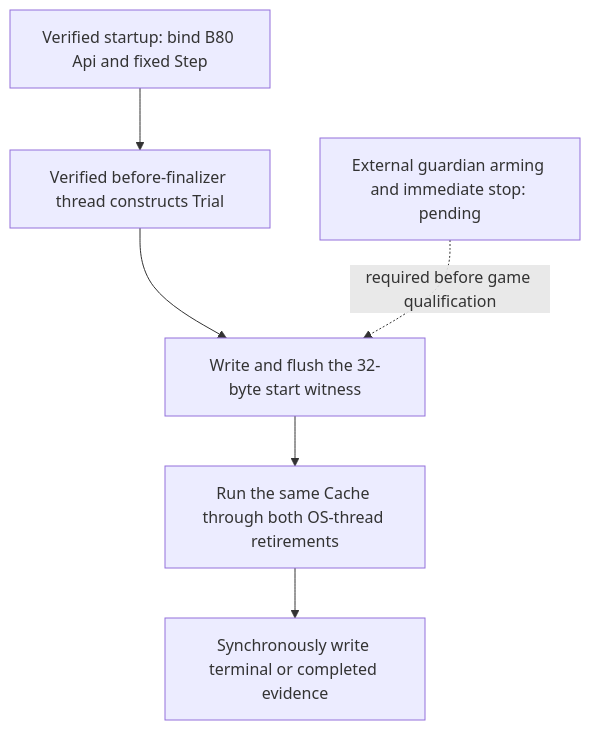
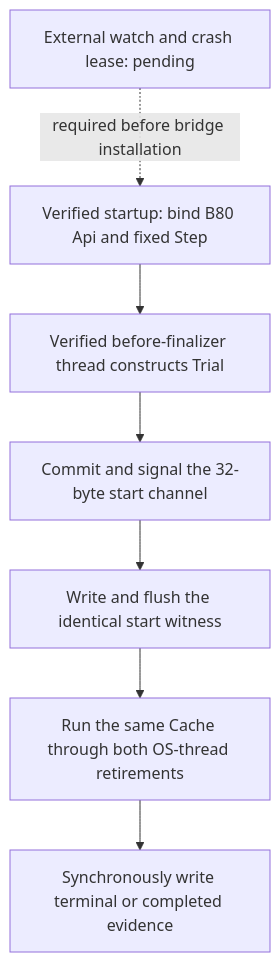
Before and after one commit to Ratty123/CDMW-Full: the sixth of 8 diagrams in cdmw/ui/new_item/INDEPENDENT_ITEMS.md, drawn with Mermaid. The commit also changed other lines of this file and 2 other files, not shown here.

Commit message:
Document native retirement caller qualification

````diff
--- a/cdmw/ui/new_item/INDEPENDENT_ITEMS.md
+++ b/cdmw/ui/new_item/INDEPENDENT_ITEMS.md
@@ -1919,8 +1937,9 @@
 ```mermaid
 flowchart TD
     S["Verified startup: bind B80 Api and fixed Step"] --> P["Verified before-finalizer thread constructs Trial"]
-    P --> W["Write and flush the 32-byte start witness"]
+    P --> C["Commit and signal the 32-byte start channel"]
+    C --> W["Write and flush the identical start witness"]
     W --> T["Run the same Cache through both OS-thread retirements"]
     T --> E["Synchronously write terminal or completed evidence"]
-    G["External guardian arming and immediate stop: pending"] -. "required before game qualification" .-> W
+    G["External watch and crash lease: pending"] -. "required before bridge installation" .-> S
 ```
````
